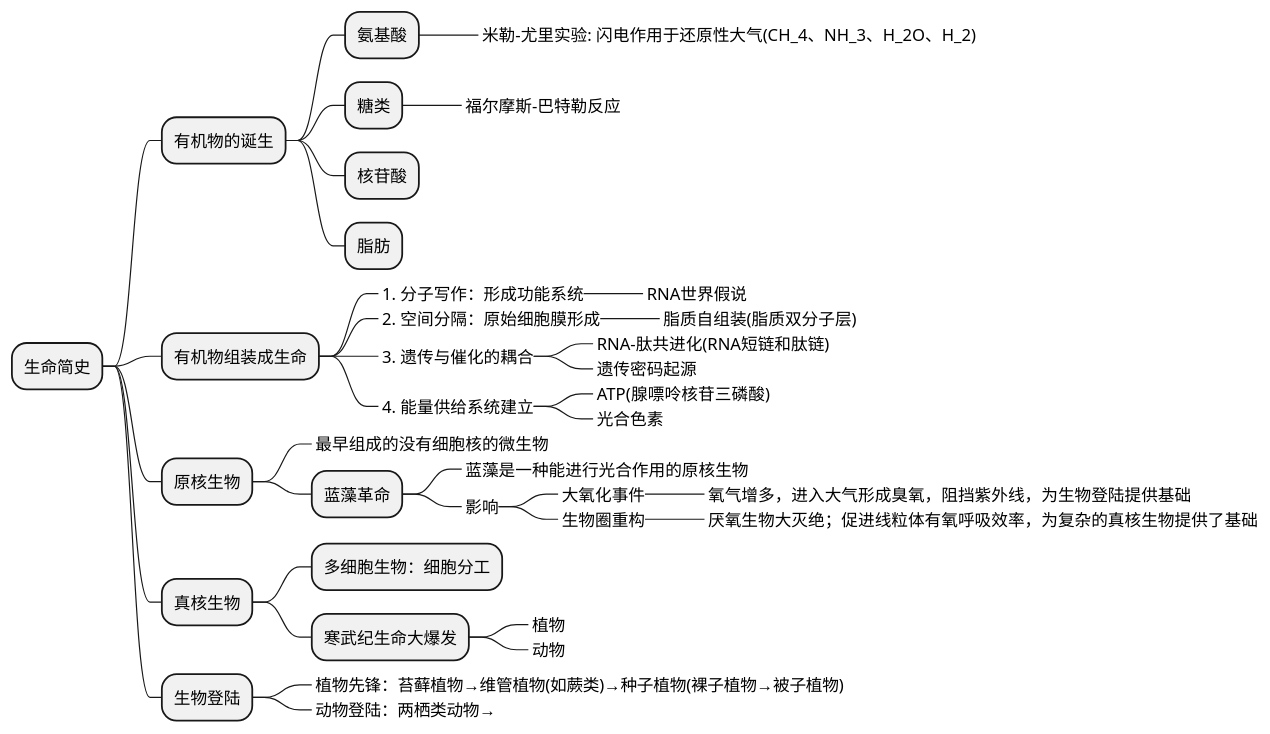
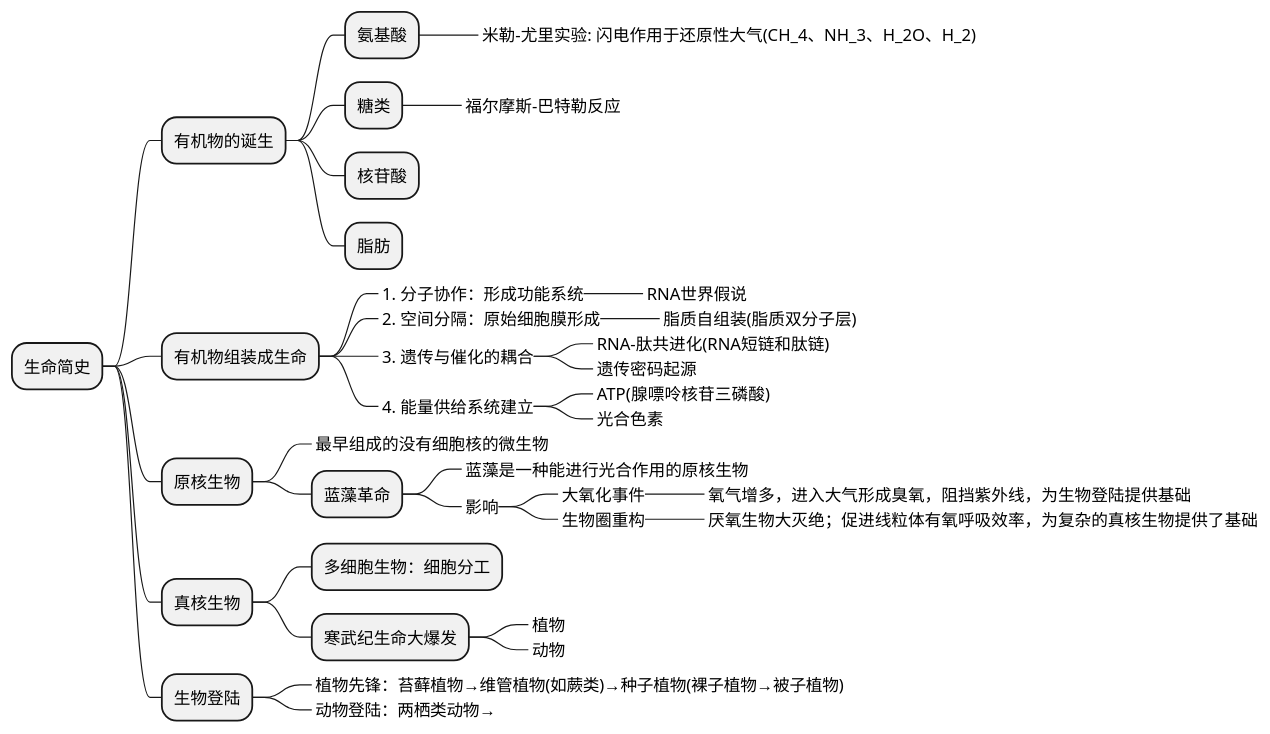
The diagram in source/_posts/history/life-history.md (holmofy/blog.hufeifei.cn), drawn with PlantUML before and after one commit. The commit also changed other lines of this file, not shown here.

````diff
--- a/source/_posts/history/life-history.md
+++ b/source/_posts/history/life-history.md
@@ -15,40 +15,40 @@
 ```plantuml
 @startmindmap
 + 生命简史
 ++ 有机物的诞生
 +++ 氨基酸
 ++++_ 米勒-尤里实验: 闪电作用于还原性大气(CH_4、NH_3、H_2O、H_2)
 +++ 糖类
 ++++_ 福尔摩斯-巴特勒反应
 +++ 核苷酸
 +++ 脂肪
 ++ 有机物组装成生命
-+++_ 1. 分子写作：形成功能系统
++++_ 1. 分子协作：形成功能系统
 ++++_ RNA世界假说
 +++_ 2. 空间分隔：原始细胞膜形成
 ++++_ 脂质自组装(脂质双分子层)
 +++_ 3. 遗传与催化的耦合
 ++++_ RNA-肽共进化(RNA短链和肽链)
 ++++_ 遗传密码起源
 +++_ 4. 能量供给系统建立
 ++++_ ATP(腺嘌呤核苷三磷酸)
 ++++_ 光合色素
 ++ 原核生物
 +++_ 最早组成的没有细胞核的微生物
 +++ 蓝藻革命
 ++++_ 蓝藻是一种能进行光合作用的原核生物
 ++++_ 影响
 +++++_ 大氧化事件
 ++++++_ 氧气增多，进入大气形成臭氧，阻挡紫外线，为生物登陆提供基础
 +++++_ 生物圈重构
 ++++++_ 厌氧生物大灭绝；促进线粒体有氧呼吸效率，为复杂的真核生物提供了基础
 ++ 真核生物
 +++ 多细胞生物：细胞分工
 +++ 寒武纪生命大爆发
 ++++_ 植物
 ++++_ 动物
 ++ 生物登陆
 +++_ 植物先锋：苔藓植物→维管植物(如蕨类)→种子植物(裸子植物→被子植物)
 +++_ 动物登陆：两栖类动物→
 @endmindmap
 ```
````
